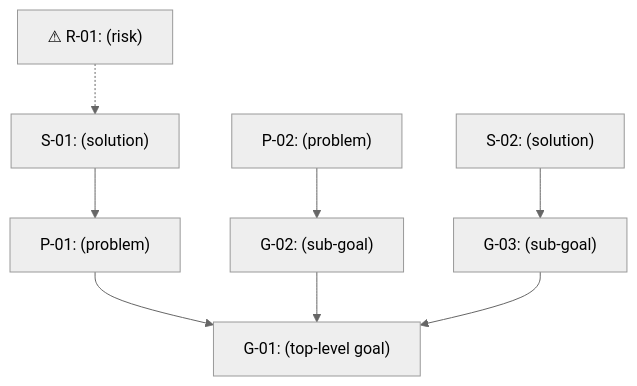
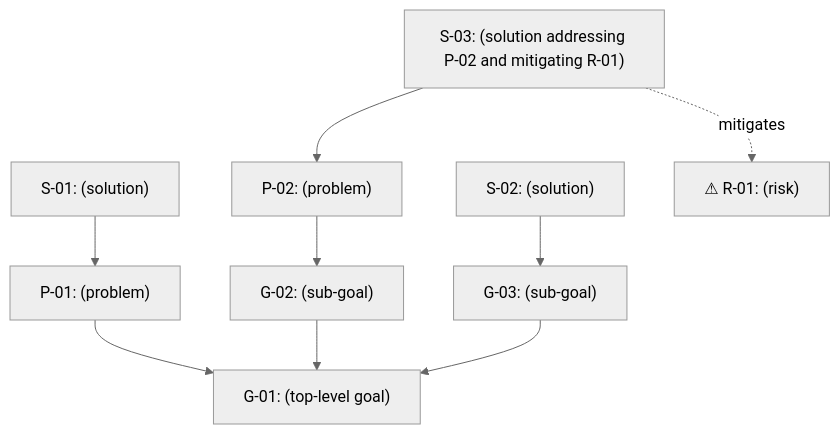
Before and after one commit to grace-method/grace-plugin: the diagram in skills/business-analysis/templates/alignment-diagram.md, drawn with Mermaid (neutral theme). The commit also changed other lines of this file and 13 other files, not shown here.

````diff
--- a/skills/business-analysis/templates/alignment-diagram.md
+++ b/skills/business-analysis/templates/alignment-diagram.md
@@ -6,22 +19,24 @@
 ```mermaid
 flowchart TD
     G01["G-01: (top-level goal)"]
     G02["G-02: (sub-goal)"]
     G03["G-03: (sub-goal)"]
 
     P01["P-01: (problem)"]
     P02["P-02: (problem)"]
 
     S01["S-01: (solution)"]
     S02["S-02: (solution)"]
+    S03["S-03: (solution addressing P-02 and mitigating R-01)"]
 
     R01["⚠ R-01: (risk)"]
 
     S01 --> P01
     S02 --> G03
+    S03 --> P02
+    S03 -. "mitigates" .-> R01
     P01 --> G01
     P02 --> G02
     G02 --> G01
     G03 --> G01
-    R01 -.-> S01
 ```
````
